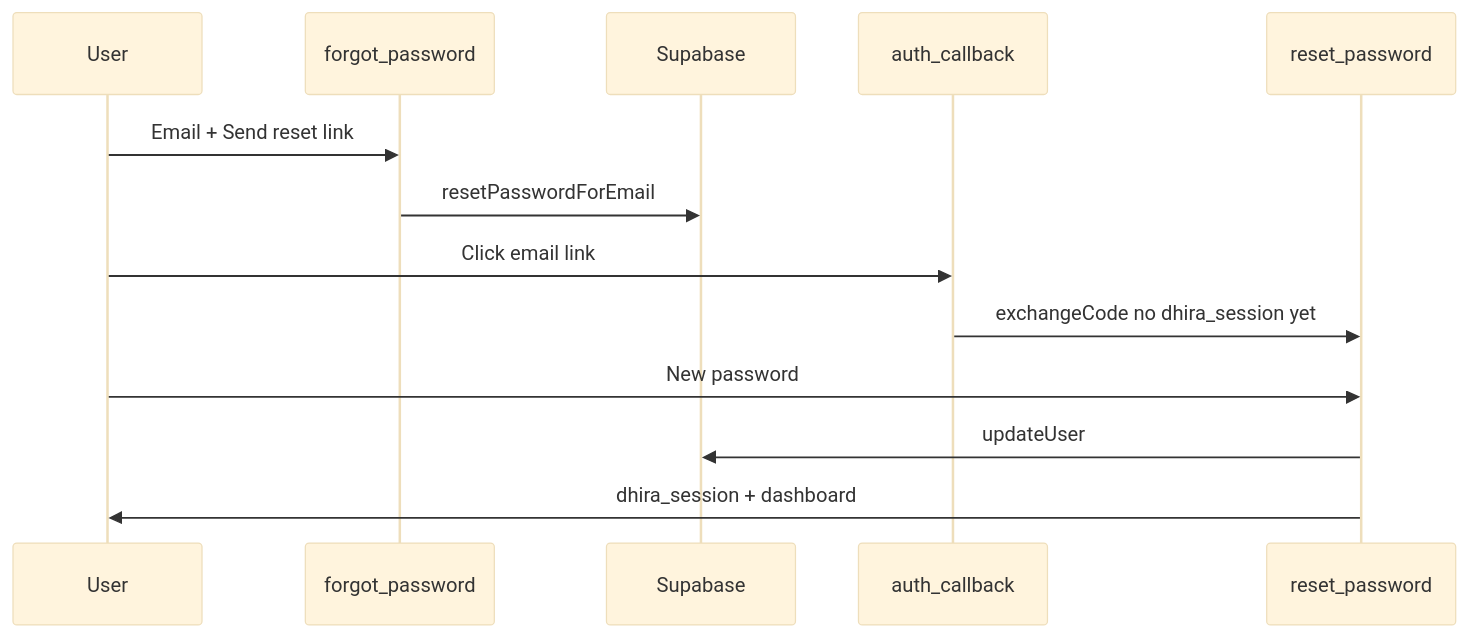
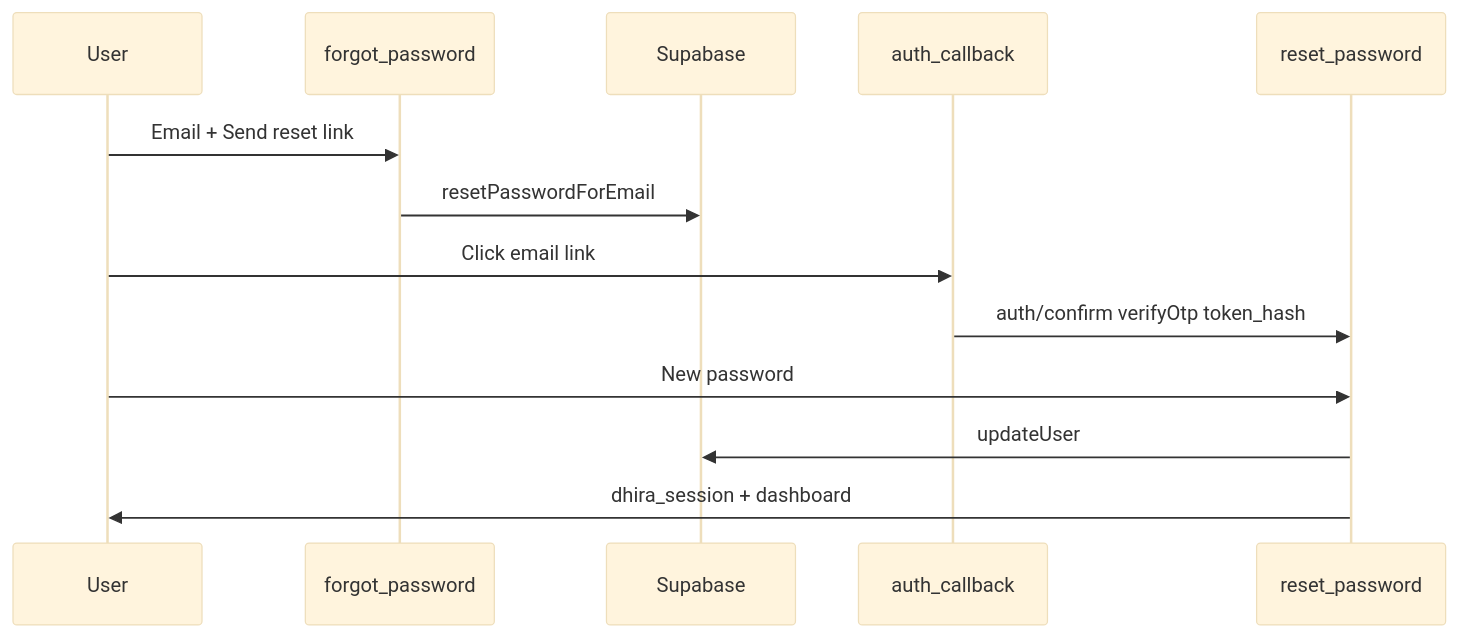
The diagram in docs/SUPABASE_PASSWORD_RESET.md (nitinbhadauria21/dhira-2.0), drawn with Mermaid (base theme) before and after one commit. The commit also changed other lines of this file and 3 other files, not shown here.

First line of the commit message:
fix(auth): password reset via token_hash /auth/confirm (no PKCE)

````diff
--- a/docs/SUPABASE_PASSWORD_RESET.md
+++ b/docs/SUPABASE_PASSWORD_RESET.md
@@ -52,16 +56,16 @@
 ```mermaid
 sequenceDiagram
   participant User
   participant Forgot as forgot_password
   participant Supabase
   participant Callback as auth_callback
   participant Reset as reset_password
 
   User->>Forgot: Email + Send reset link
   Forgot->>Supabase: resetPasswordForEmail
   User->>Callback: Click email link
-  Callback->>Reset: exchangeCode no dhira_session yet
+  Callback->>Reset: auth/confirm verifyOtp token_hash
   User->>Reset: New password
   Reset->>Supabase: updateUser
   Reset->>User: dhira_session + dashboard
 ```
````
